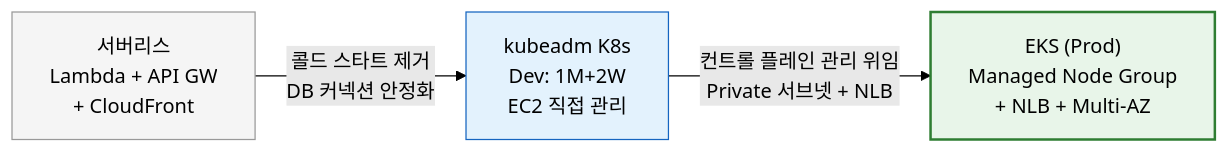
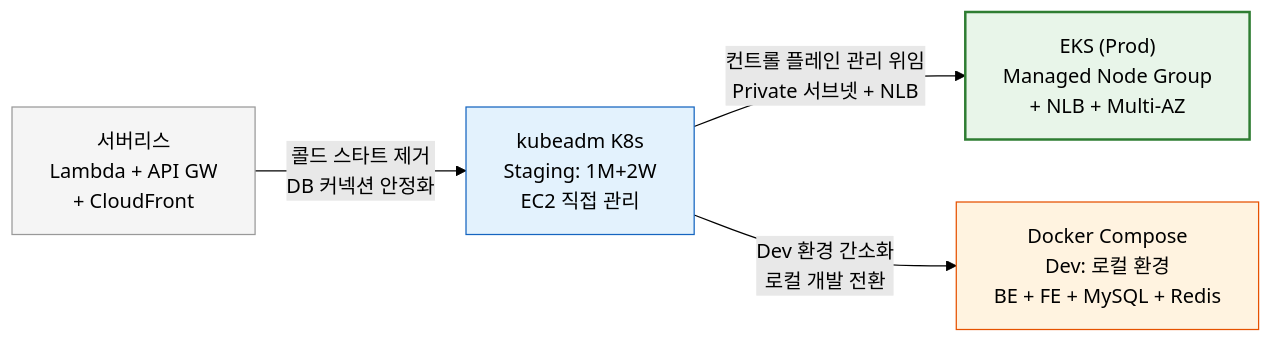
The first of 19 diagrams in report.md (revenantonthemission/2-cho-community-infra), drawn with Mermaid (forest theme) before and after one commit. The commit also changed other lines of this file and 4 other files, not shown here.

````diff
--- a/report.md
+++ b/report.md
@@ -50,13 +50,16 @@
 ```mermaid
 flowchart LR
     Phase1["서버리스<br/>Lambda + API GW<br/>+ CloudFront"]
-    Phase2["kubeadm K8s<br/>Dev: 1M+2W<br/>EC2 직접 관리"]
+    Phase2["kubeadm K8s<br/>Staging: 1M+2W<br/>EC2 직접 관리"]
     Phase3["EKS (Prod)<br/>Managed Node Group<br/>+ NLB + Multi-AZ"]
+    Phase4["Docker Compose<br/>Dev: 로컬 환경<br/>BE + FE + MySQL + Redis"]
 
     Phase1 -->|"콜드 스타트 제거<br/>DB 커넥션 안정화"| Phase2
     Phase2 -->|"컨트롤 플레인 관리 위임<br/>Private 서브넷 + NLB"| Phase3
+    Phase2 -->|"Dev 환경 간소화<br/>로컬 개발 전환"| Phase4
 
     style Phase1 fill:#f5f5f5,stroke:#999
     style Phase2 fill:#e3f2fd,stroke:#1565c0
     style Phase3 fill:#e8f5e9,stroke:#2e7d32,stroke-width:2px
+    style Phase4 fill:#fff3e0,stroke:#e65100
 ```
````
